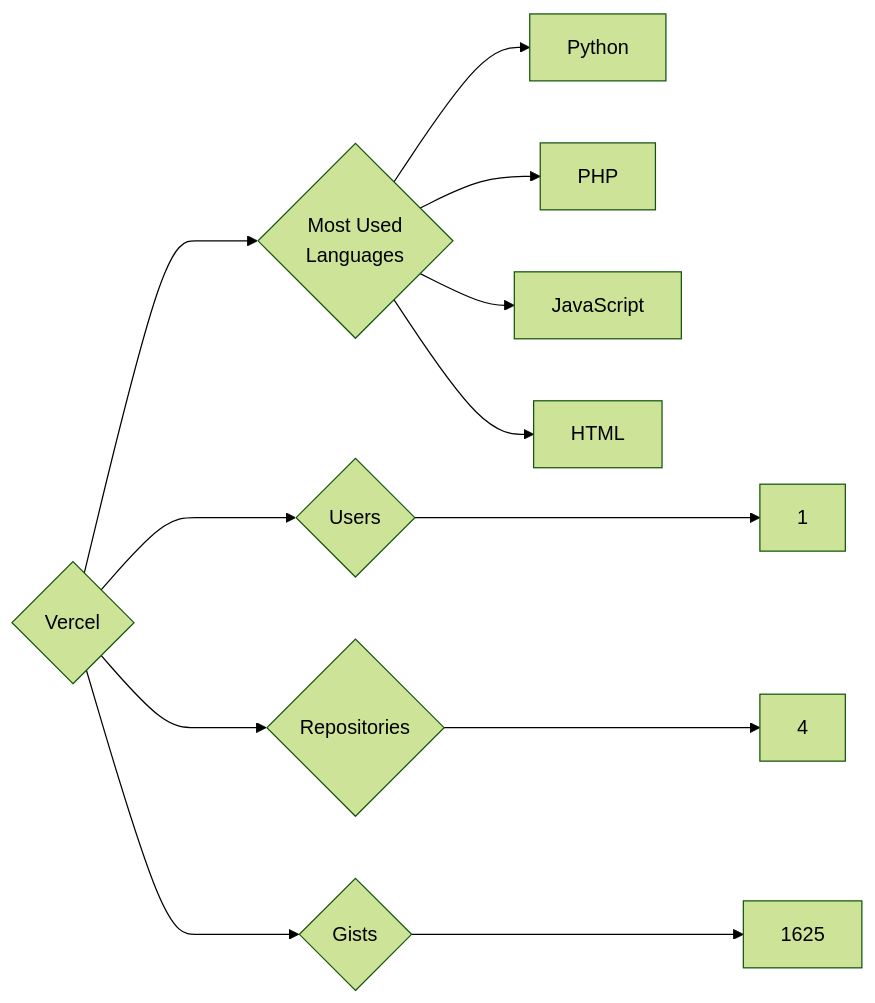
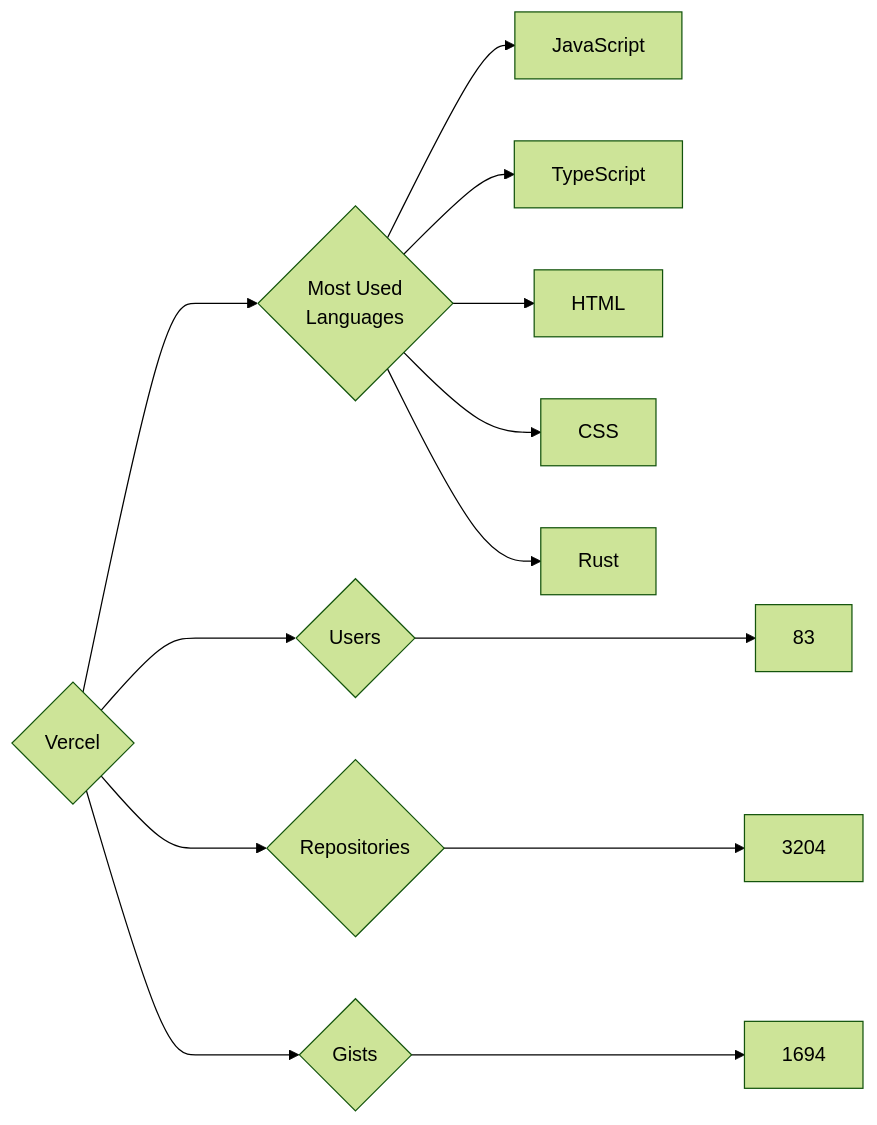
One commit to trickest/insiders changed the diagram in targets/Vercel/README.md. Above: the diagram before and after it, drawn with Mermaid (forest theme). The commit also changed 871 other files, not shown here.

````diff
--- a/targets/Vercel/README.md
+++ b/targets/Vercel/README.md
@@ -3,12 +3,13 @@
 ```mermaid
 graph LR
 COMPANY_NAME{Vercel}
-COMPANY_NAME ---> U{Users} ---> UN[1]
-COMPANY_NAME ---> R{Repositories} ---> RN[4]
-COMPANY_NAME ---> G{Gists} ---> GN[1625]
+COMPANY_NAME ---> U{Users} ---> UN[83]
+COMPANY_NAME ---> R{Repositories} ---> RN[3204]
+COMPANY_NAME ---> G{Gists} ---> GN[1694]
 COMPANY_NAME ---> ML{Most Used<br>Languages}
-ML --> Python[Python]
-ML --> PHP[PHP]
 ML --> JavaScript[JavaScript]
+ML --> TypeScript[TypeScript]
 ML --> HTML[HTML]
+ML --> CSS[CSS]
+ML --> Rust[Rust]
 ```
````
